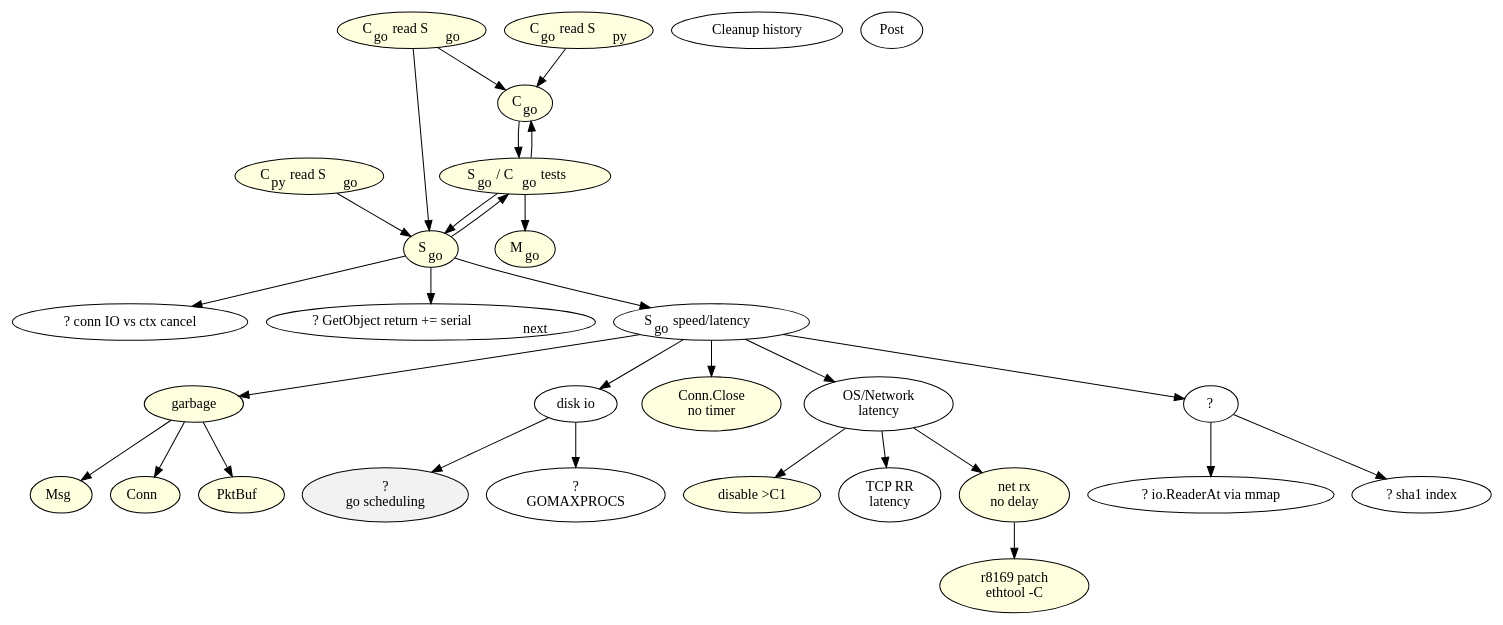
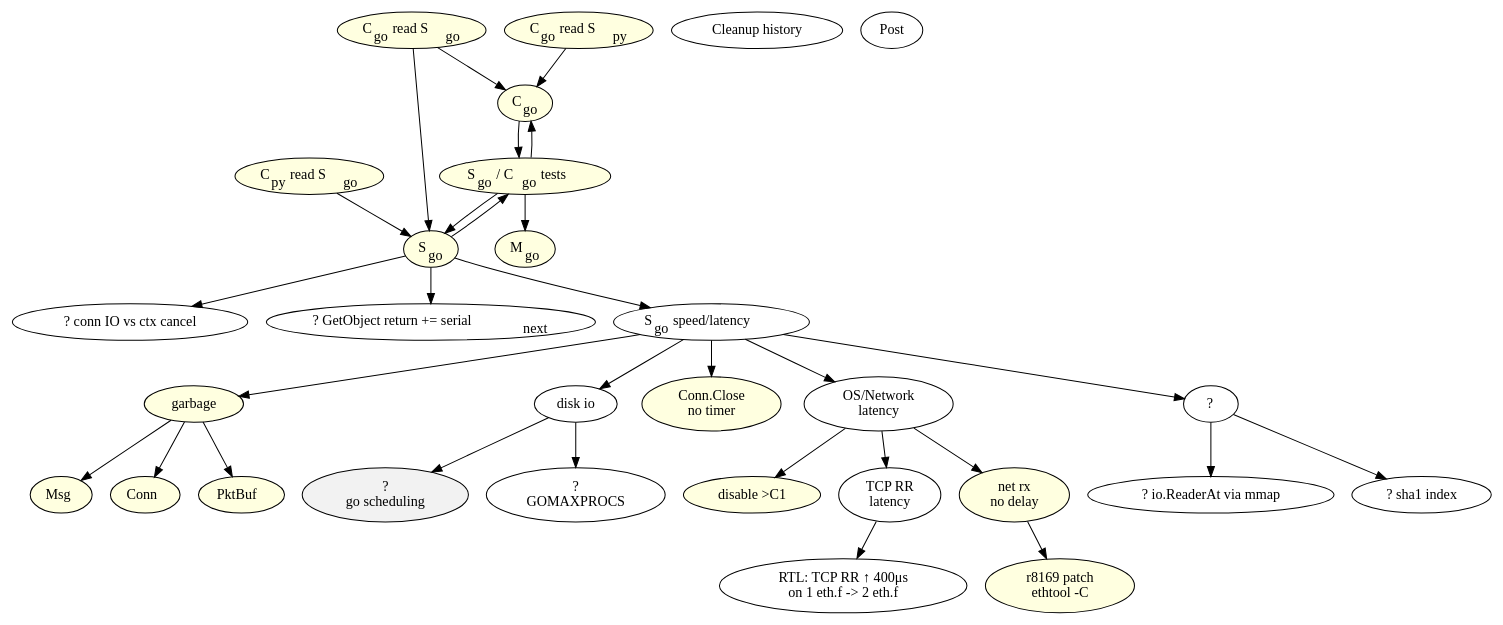
The diagram in go/todo.dot (Nexedi/neoppod), drawn with Graphviz before and after one commit. The commit also changed 1 other file, not shown here.

```diff
--- a/go/todo.dot
+++ b/go/todo.dot
@@ -1,94 +1,96 @@
 digraph {
 	Cgo -> SCgo_t;
 	Sgo -> SCgo_t;
 
 	SCgo_t -> Mgo;
 	SCgo_t -> Sgo;
 	SCgo_t -> Cgo;
 
 	Sgo -> io_cancel;
 	Sgo -> load_serial_next;
 	Sgo -> Sgo_speed;
 
 	//Sgo_speed -> B_link_recv;
 	Sgo_speed -> garbage;
 	//Sgo_speed -> gosched;
 	Sgo_speed -> diskio;
 	Sgo_speed -> ConnClose_notimer;
 
 	Sgo_speed -> osnet_latency;
 	Sgo_speed -> QSgo_speed;
 
 	QSgo_speed -> Mmap_go;
 	QSgo_speed -> sha1_index;
 
 	garbage	-> pktbuf_alloc;
 	garbage -> msg_alloc;
 	garbage -> conn_alloc;
 
 	diskio	-> gosched;
 	diskio	-> GOMAXPROCS;
 
 
 	Cpy_r_Sgo -> Sgo;
 	//Cpy_r_Sgo -> Protog_fix;
 	//Cpy_r_Sgo -> Cpy_patch;
 	//Cpy_r_Sgo -> Mpy_vs_Sgo;
 
 	Cgo_r_Sgo -> Cgo;
 	Cgo_r_Sgo -> Sgo;		
 
 	Cgo_r_Spy -> Cgo;
 	//Cgo_r_Spy -> Protog_fix;
 
 
 	Cgo		[label=<C<sub>go</sub>> style=filled fillcolor=lightyellow];
 	Sgo		[label=<S<sub>go</sub>> style=filled fillcolor=lightyellow];
 	Mgo		[label=<M<sub>go</sub>> style=filled fillcolor=lightyellow];
 	SCgo_t		[label=<S<sub>go</sub>  / C<sub>go</sub>  tests> style=filled fillcolor=lightyellow];
 	Sgo_speed	[label=<S<sub>go</sub>  speed/latency>];
 	Cpy_r_Sgo	[label=<C<sub>py</sub>  read S<sub>go</sub>> style=filled fillcolor=lightyellow];
 	Cgo_r_Sgo	[label=<C<sub>go</sub>  read S<sub>go</sub>> style=filled fillcolor=lightyellow];
 	Cgo_r_Spy	[label=<C<sub>go</sub>  read S<sub>py</sub>> style=filled fillcolor=lightyellow];
 	Cleanup		[label="Cleanup history"];
 	Post		[label="Post"];
 	//Cpy_patch	[label=<py patch: ConnID py=go> style=filled fillcolor=lightyellow];	// C<sub>py</sub>  patch for ConnID interop. with S<sub>go</sub>>];
 	Mmap_go		[label="? io.ReaderAt via mmap"];
 	//Protog_fix	[label="proto(go/py) compat fix" style=filled fillcolor=lightyellow];
 	//Mpy_vs_Sgo	[label=<M<sub>py</sub> vs S<sub>go</sub>: try/fix> style=filled fillcolor=lightyellow];
 
 	io_cancel		[label="? conn IO vs ctx cancel"];
 	load_serial_next	[label=<? GetObject return += serial<sub>next</sub>>];
 
 	sha1_index	[label="? sha1 index"];
 	//B_link_recv	[label="Bench link.Recv1/Ask1" style=filled fillcolor=lightyellow];
 	garbage		[label="garbage" style=filled fillcolor=lightyellow];
 	gosched		[label="?\ngo scheduling" style=filled fillcolor=grey95];
 
 	//Cgo -> Cgo_tasks;
 	//Cgo_tasks	[label="- talkMaster\n- update nodeTab/partTab\n- dial S on demand\n..." style=filled fillcolor=lightyellow];
 
 	QSgo_speed	[label=<?>];
 
 	pktbuf_alloc	[label=<PktBuf> style=filled fillcolor=lightyellow];
 	msg_alloc	[label=<Msg>	style=filled fillcolor=lightyellow];
 	conn_alloc	[label=<Conn>	style=filled fillcolor=lightyellow];
 
 	ConnClose_notimer	[label="Conn.Close\nno timer" style=filled fillcolor=lightyellow];
 	diskio		[label="disk io"];
 	GOMAXPROCS	[label="?\nGOMAXPROCS"];
 
 
 	osnet_latency	-> rx_no_delay;
 	osnet_latency	-> nocstates;
 	osnet_latency	-> tcp_latency;
+	tcp_latency	-> rtl_tcp_2eth;
 
 	rx_no_delay	-> rtl_patch;
 
 	osnet_latency	[label="OS/Network\nlatency"];
 	rx_no_delay	[label="net rx\nno delay" style=filled fillcolor=lightyellow];
 	nocstates	[label="disable >C1" style=filled fillcolor=lightyellow];
 	tcp_latency	[label="TCP RR\nlatency"];
+	rtl_tcp_2eth	[label="RTL: TCP RR ↑ 400μs\n on 1 eth.f -> 2 eth.f"];
 
 	rtl_patch	[label="r8169 patch\nethtool -C" style=filled fillcolor=lightyellow];
 }
```
